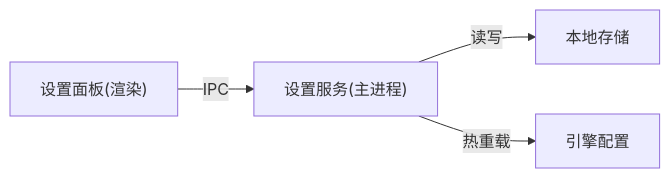
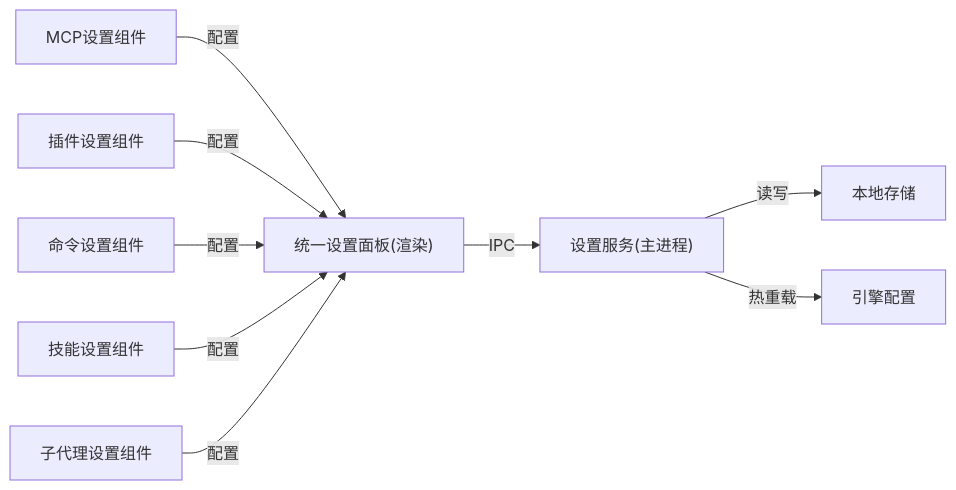
Before and after one commit to kkutysllb/KCoder: the third of 3 diagrams in .qoder/repowiki/zh/content/用户指南/设置与配置/设置与配置.md, drawn with Mermaid. The commit also changed other lines of this file and 11 other files, not shown here.

````diff
--- a/.qoder/repowiki/zh/content/用户指南/设置与配置/设置与配置.md
+++ b/.qoder/repowiki/zh/content/用户指南/设置与配置/设置与配置.md
@@ -159,6 +268,11 @@
 ```mermaid
 graph LR
-SP["设置面板(渲染)"] -- "IPC" --> MS["设置服务(主进程)"]
+SP["统一设置面板(渲染)"] -- "IPC" --> MS["设置服务(主进程)"]
+MCP["MCP设置组件"] -- "配置" --> SP
+PLUG["插件设置组件"] -- "配置" --> SP
+CMDS["命令设置组件"] -- "配置" --> SP
+SKILLS["技能设置组件"] -- "配置" --> SP
+SUBAGENTS["子代理设置组件"] -- "配置" --> SP
 MS -- "读写" --> FS["本地存储"]
 MS -- "热重载" --> ENG["引擎配置"]
 ```
````
